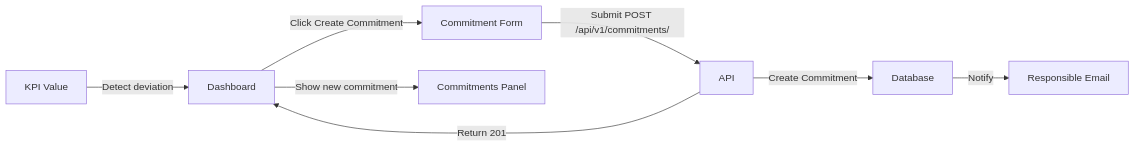
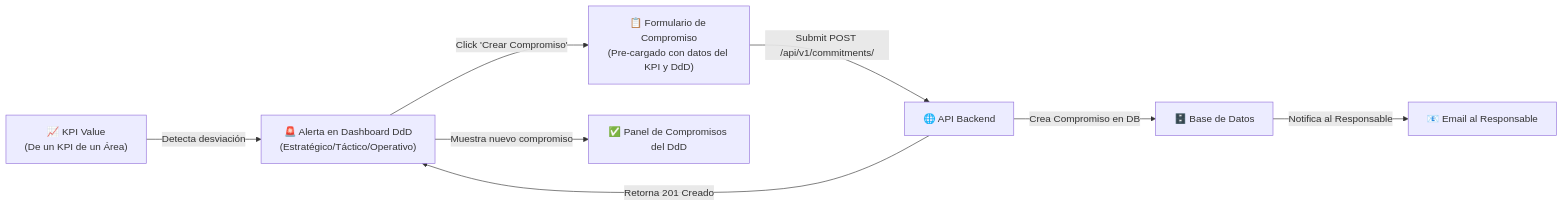
Before and after one commit to ColDev-Colivoro/Proyecto-Estandarizaci-n-normalizacion-Nutrisco: the third of 6 diagrams in readmeProductOwner.md, drawn with Mermaid. The commit also changed other lines of this file, not shown here.

Commit message:
feat: enhance README with detailed conceptual diagrams and area-specific KPI management for DdD system

````diff
--- a/readmeProductOwner.md
+++ b/readmeProductOwner.md
@@ -675,10 +739,10 @@
 ```mermaid
 flowchart LR
-  KPIValue["KPI Value"] -->|"Detect deviation"| Dashboard["Dashboard"]
-  Dashboard -->|"Click Create Commitment"| CommitmentForm["Commitment Form"]
-  CommitmentForm -->|"Submit POST /api/v1/commitments/"| API["API"]
-  API -->|"Create Commitment"| DB["Database"]
-  DB -->|"Notify"| ResponsibleEmail["Responsible Email"]
-  API -->|"Return 201"| Dashboard
-  Dashboard -->|"Show new commitment"| CommitmentsPanel["Commitments Panel"]
+  KPIValue["📈 KPI Value<br/>(De un KPI de un Área)"] -->|"Detecta desviación"| AlertaDdD["🚨 Alerta en Dashboard DdD<br/>(Estratégico/Táctico/Operativo)"]
+  AlertaDdD -->|"Click 'Crear Compromiso'"| CommitmentForm["📋 Formulario de Compromiso<br/>(Pre-cargado con datos del KPI y DdD)"]
+  CommitmentForm -->|"Submit POST /api/v1/commitments/"| API["🌐 API Backend"]
+  API -->|"Crea Compromiso en DB"| DB["🗄️ Base de Datos"]
+  DB -->|"Notifica al Responsable"| ResponsibleEmail["📧 Email al Responsable"]
+  API -->|"Retorna 201 Creado"| AlertaDdD
+  AlertaDdD -->|"Muestra nuevo compromiso"| CommitmentsPanel["✅ Panel de Compromisos del DdD"]
 ```
````
